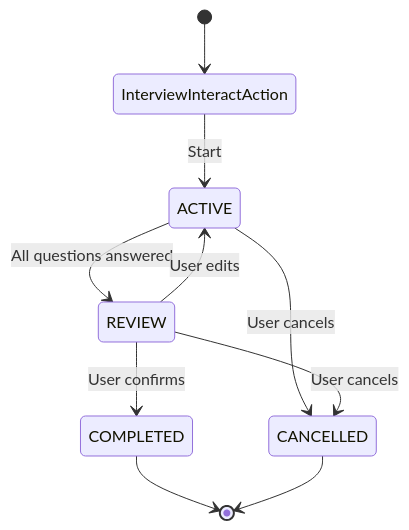
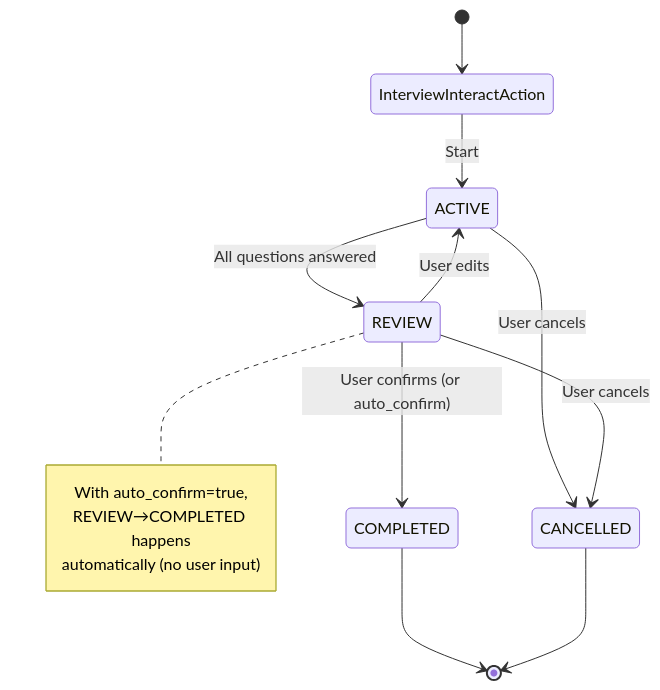
One commit to TrueSelph/jvagent changed the diagram in jvagent/action/interview/README.md. Above: the diagram before and after it, drawn with Mermaid. The commit also changed other lines of this file and 9 other files, not shown here.

Commit message:
feature: added auto-confirm config to action/interview; fix: import issue for input handler

````diff
--- a/jvagent/action/interview/README.md
+++ b/jvagent/action/interview/README.md
@@ -43,12 +44,18 @@
 ```mermaid
 stateDiagram-v2
     [*] --> InterviewInteractAction
     InterviewInteractAction --> ACTIVE: Start
     ACTIVE --> REVIEW: All questions answered
-    REVIEW --> COMPLETED: User confirms
+    REVIEW --> COMPLETED: User confirms (or auto_confirm)
     REVIEW --> ACTIVE: User edits
     ACTIVE --> CANCELLED: User cancels
     REVIEW --> CANCELLED: User cancels
     COMPLETED --> [*]
     CANCELLED --> [*]
+    
+    note right of REVIEW
+        With auto_confirm=true,
+        REVIEW→COMPLETED happens
+        automatically (no user input)
+    end note
 ```
````
